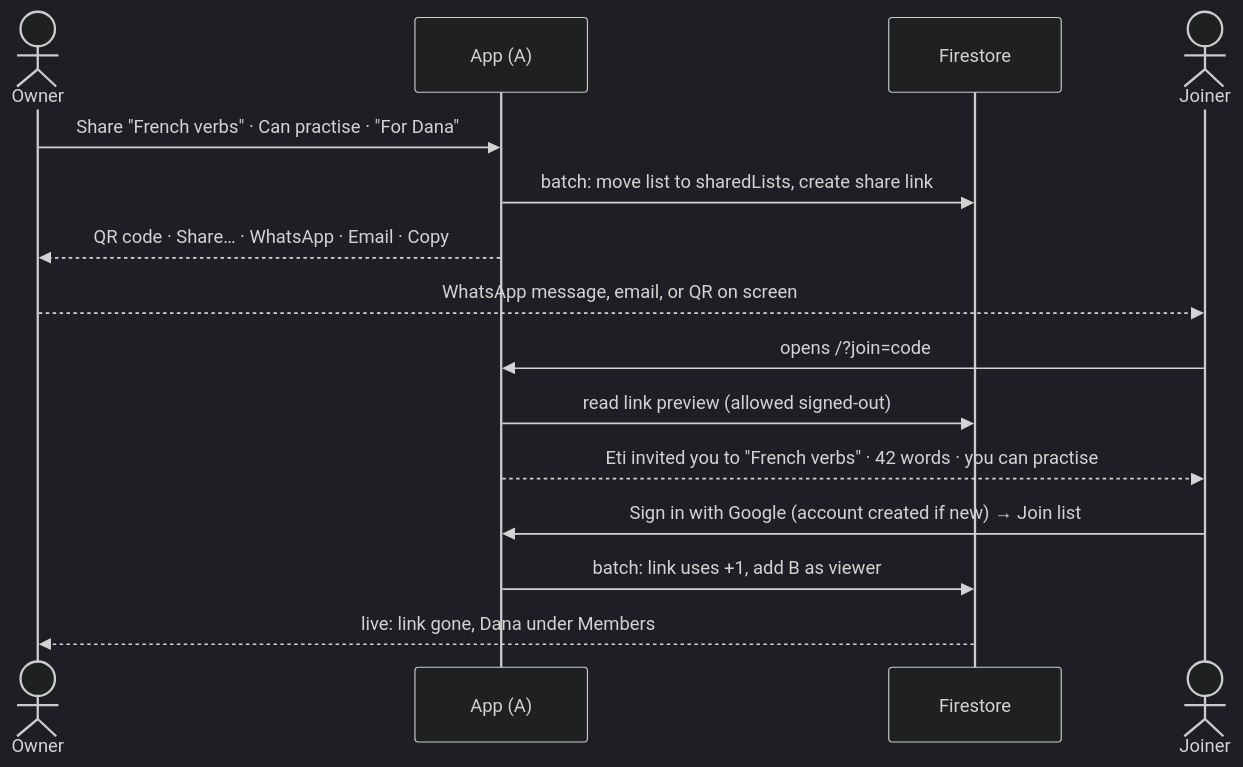
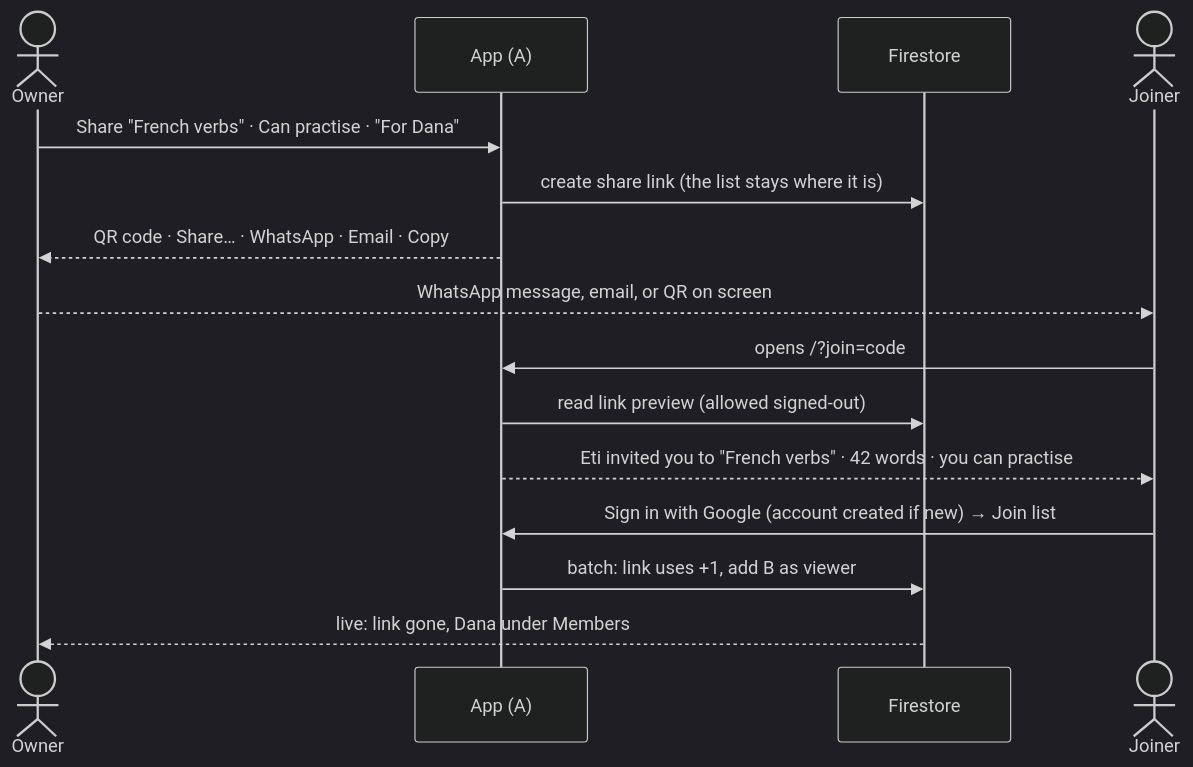
One commit to EtiNoked/practice-vocabulary changed the diagram in .claude/specs/016-list-sharing/quickstart.md. Above: the diagram before and after it, drawn with Mermaid (dark theme). The commit also changed other lines of this file and 3 other files, not shown here.

First line of the commit message:
docs(016): keep every list in one lists collection

````diff
--- a/.claude/specs/016-list-sharing/quickstart.md
+++ b/.claude/specs/016-list-sharing/quickstart.md
@@ -13,18 +14,18 @@
 ```mermaid
 sequenceDiagram
     actor A as Owner
     participant App as App (A)
     participant FS as Firestore
     actor B as Joiner
 
     A->>App: Share "French verbs" · Can practise · "For Dana"
-    App->>FS: batch: move list to sharedLists, create share link
+    App->>FS: create share link (the list stays where it is)
     App-->>A: QR code · Share… · WhatsApp · Email · Copy
     A-->>B: WhatsApp message, email, or QR on screen
     B->>App: opens /?join=code
     App->>FS: read link preview (allowed signed-out)
     App-->>B: Eti invited you to "French verbs" · 42 words · you can practise
     B->>App: Sign in with Google (account created if new) → Join list
     App->>FS: batch: link uses +1, add B as viewer
     FS-->>A: live: link gone, Dana under Members
 ```
````
